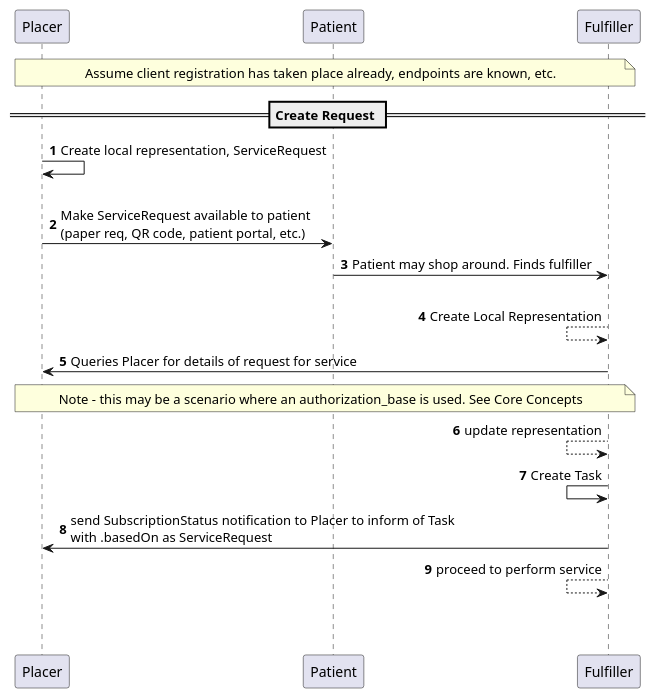
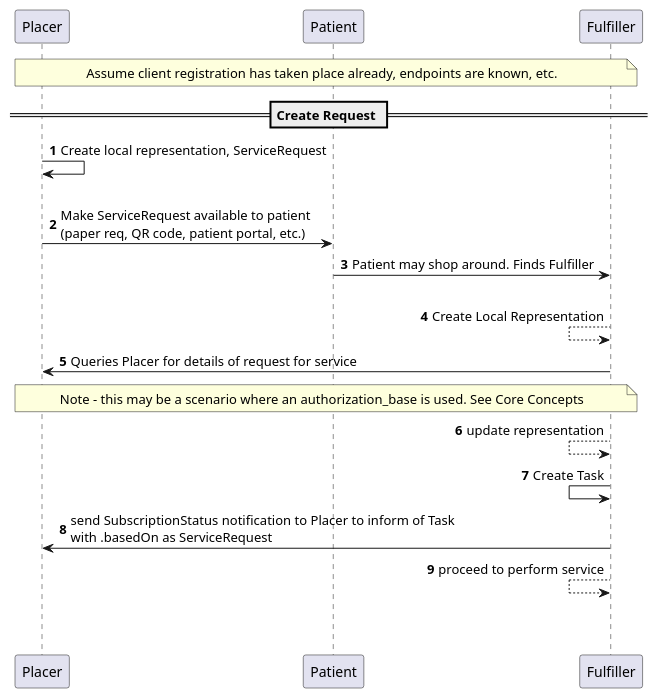
One commit to HL7/fhir-cow-ig changed the diagram in input/images-source/subscriptions-task-at-fulfiller-patient.plantuml. Above: the diagram before and after it, drawn with PlantUML. The commit also changed 36 other files, not shown here.

```diff
--- a/input/images-source/subscriptions-task-at-fulfiller-patient.plantuml
+++ b/input/images-source/subscriptions-task-at-fulfiller-patient.plantuml
@@ -1,38 +1,38 @@
 @startuml
 'skinparam svgDimensionStyle false
 autonumber
 
 participant Placer order 10
 participant Patient order 20
 participant Fulfiller order 30 
 
 note over Placer,Fulfiller: Assume client registration has taken place already, endpoints are known, etc. 
 
 == Create Request ==
 
 Placer -> Placer : Create local representation, ServiceRequest
 
 ||20||
 Placer -> Patient: Make ServiceRequest available to patient\n(paper req, QR code, patient portal, etc.)
 
 
-Patient -> Fulfiller: Patient may shop around. Finds fulfiller
+Patient -> Fulfiller: Patient may shop around. Finds Fulfiller
 
 ||20||
 
 Fulfiller <-- Fulfiller: Create Local Representation
 
 Fulfiller -> Placer: Queries Placer for details of request for service
 
 note over Placer, Fulfiller: Note - this may be a scenario where an authorization_base is used. See Core Concepts
 
 Fulfiller <-- Fulfiller: update representation
 
 Fulfiller <- Fulfiller: Create Task
 
 Fulfiller -> Placer: send SubscriptionStatus notification to Placer to inform of Task\nwith .basedOn as ServiceRequest
 
 Fulfiller <-- Fulfiller: proceed to perform service
 
 ||45||
 @enduml
```
